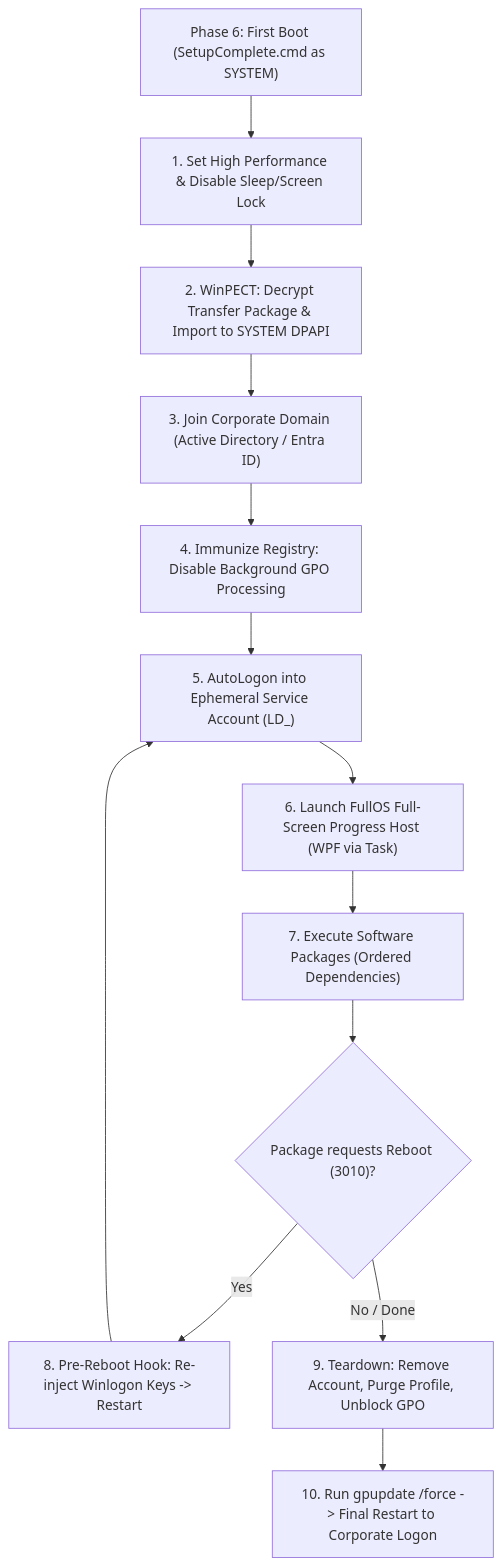
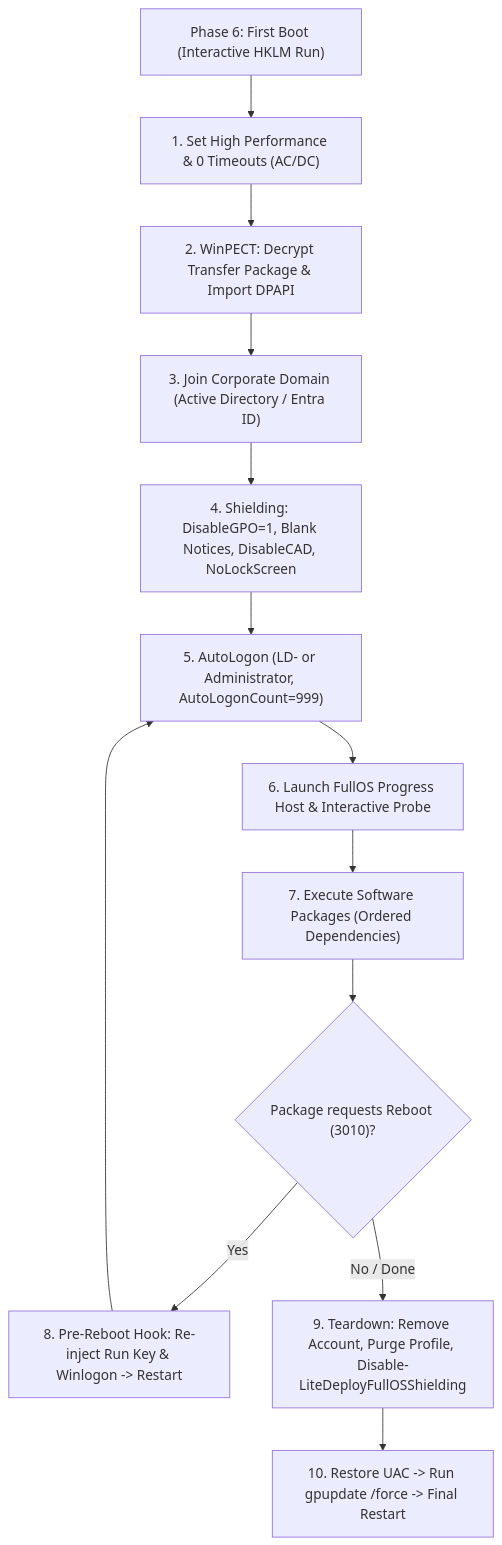
The first of 6 diagrams in _Docs/planning/IDEAS_FOR_IMPLEMENTATION.md (cmartineztech/LiteDeploy.Core), drawn with Mermaid before and after one commit. The commit also changed other lines of this file and 3 other files, not shown here.

Commit message:
docs(planning): update planning documentation to reflect live v2 architecture

````diff
--- a/_Docs/planning/IDEAS_FOR_IMPLEMENTATION.md
+++ b/_Docs/planning/IDEAS_FOR_IMPLEMENTATION.md
@@ -14,15 +16,15 @@
 ```mermaid
 flowchart TD
-    Start["Phase 6: First Boot (SetupComplete.cmd as SYSTEM)"] --> Power["1. Set High Performance & Disable Sleep/Screen Lock"]
-    Power --> WinPECT["2. WinPECT: Decrypt Transfer Package & Import to SYSTEM DPAPI"]
+    Start["Phase 6: First Boot (Interactive HKLM Run)"] --> Power["1. Set High Performance & 0 Timeouts (AC/DC)"]
+    Power --> WinPECT["2. WinPECT: Decrypt Transfer Package & Import DPAPI"]
     WinPECT --> DomainJoin["3. Join Corporate Domain (Active Directory / Entra ID)"]
-    DomainJoin --> BlockGPO["4. Immunize Registry: Disable Background GPO Processing"]
-    BlockGPO --> DesktopLogon["5. AutoLogon into Ephemeral Service Account (LD_<UID>)"]
-    DesktopLogon --> ProgressUI["6. Launch FullOS Full-Screen Progress Host (WPF via Task)"]
+    DomainJoin --> BlockGPO["4. Shielding: DisableGPO=1, Blank Notices, DisableCAD, NoLockScreen"]
+    BlockGPO --> DesktopLogon["5. AutoLogon (LD-<UID> or Administrator, AutoLogonCount=999)"]
+    DesktopLogon --> ProgressUI["6. Launch FullOS Progress Host & Interactive Probe"]
     ProgressUI --> PackageLoop["7. Execute Software Packages (Ordered Dependencies)"]
     PackageLoop --> RebootCheck{"Package requests Reboot (3010)?"}
-    RebootCheck -- Yes --> PreRebootHook["8. Pre-Reboot Hook: Re-inject Winlogon Keys -> Restart"]
+    RebootCheck -- Yes --> PreRebootHook["8. Pre-Reboot Hook: Re-inject Run Key & Winlogon -> Restart"]
     PreRebootHook --> DesktopLogon
-    RebootCheck -- No / Done --> FinalClean["9. Teardown: Remove Account, Purge Profile, Unblock GPO"]
-    FinalClean --> GPUpdate["10. Run gpupdate /force -> Final Restart to Corporate Logon"]
+    RebootCheck -- No / Done --> FinalClean["9. Teardown: Remove Account, Purge Profile, Disable-LiteDeployFullOSShielding"]
+    FinalClean --> GPUpdate["10. Restore UAC -> Run gpupdate /force -> Final Restart"]
 ```
````
